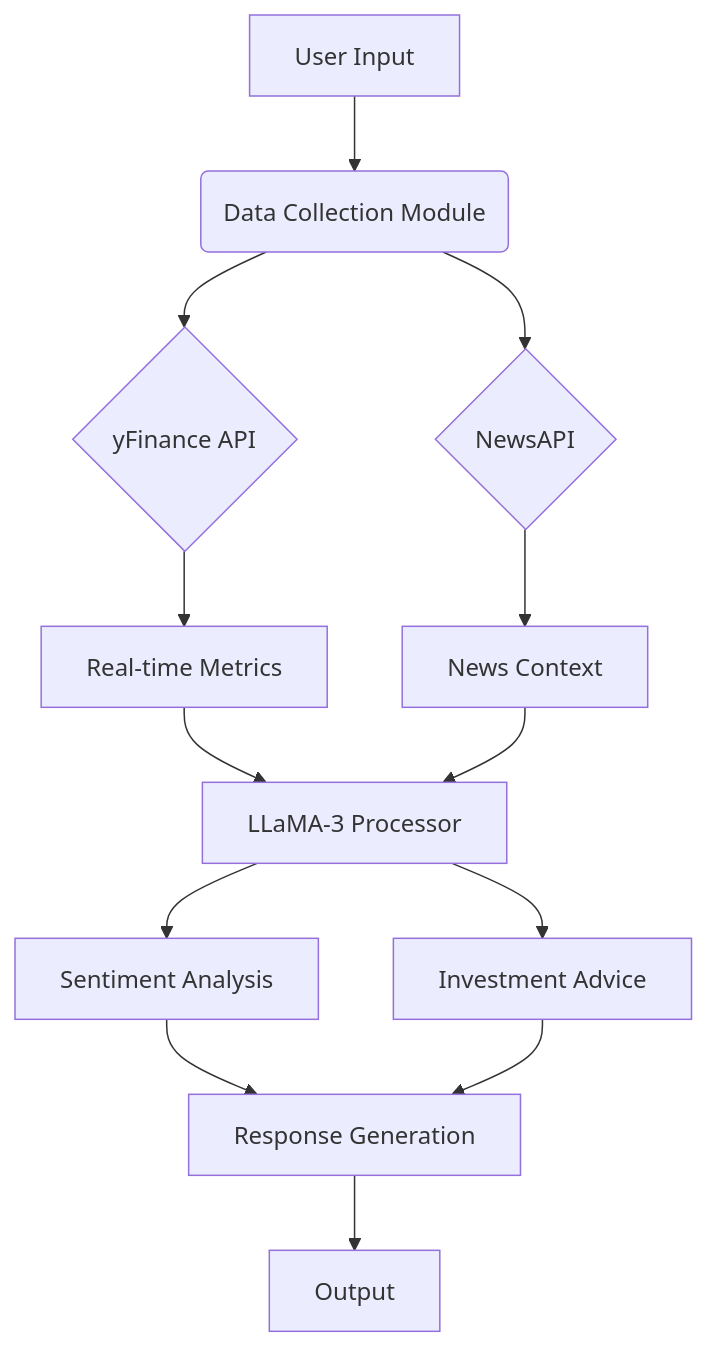
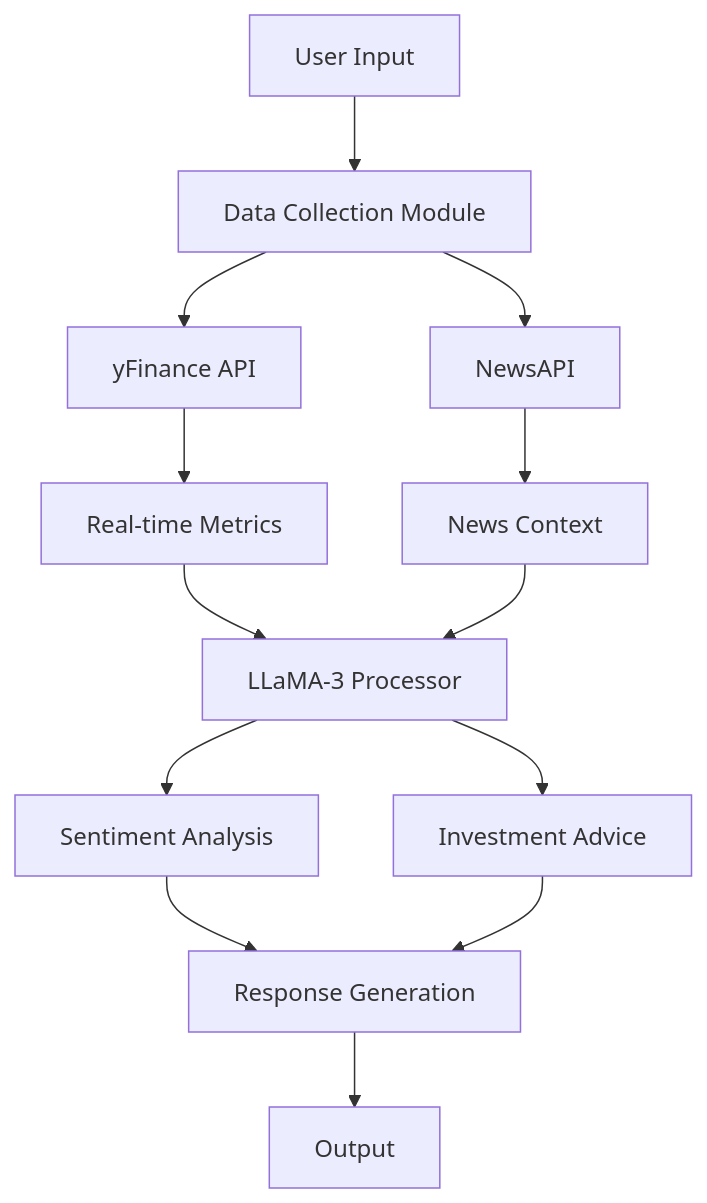
One commit to Atharvack/LLM-Finetuning-Yfinance changed the diagram in README.md. Above: the diagram before and after it, drawn with Mermaid. The commit also changed other lines of this file, not shown here.

Commit message:
architecture fix

````diff
--- a/README.md
+++ b/README.md
@@ -75,15 +74,15 @@
-```mermaid
+<div class="mermaid">
 graph TD
-A[User Input] --> B(Data Collection Module)
-B --> C{yFinance API}
-B --> D{NewsAPI}
-C --> E[Real-time Metrics]
-D --> F[News Context]
-E --> G[LLaMA-3 Processor]
-F --> G
-G --> H[Sentiment Analysis]
-G --> I[Investment Advice]
-H --> J[Response Generation]
-I --> J
-J --> K[Output]
-```
+    A[User Input] --> B[Data Collection Module]
+    B --> C[yFinance API]
+    B --> D[NewsAPI]
+    C --> E[Real-time Metrics]
+    D --> F[News Context]
+    E --> G[LLaMA-3 Processor]
+    F --> G
+    G --> H[Sentiment Analysis]
+    G --> I[Investment Advice]
+    H --> J[Response Generation]
+    I --> J
+    J --> K[Output]
+</div>
````
